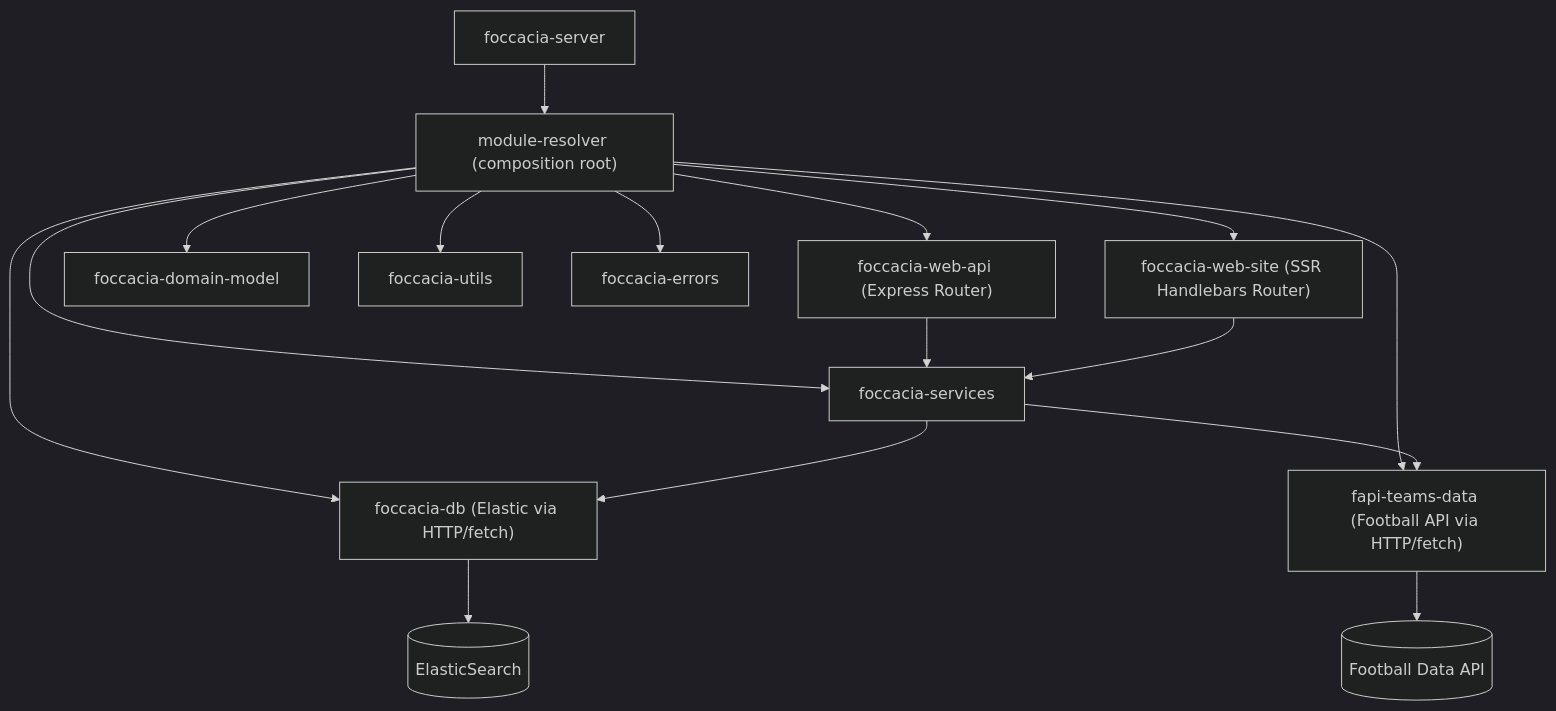
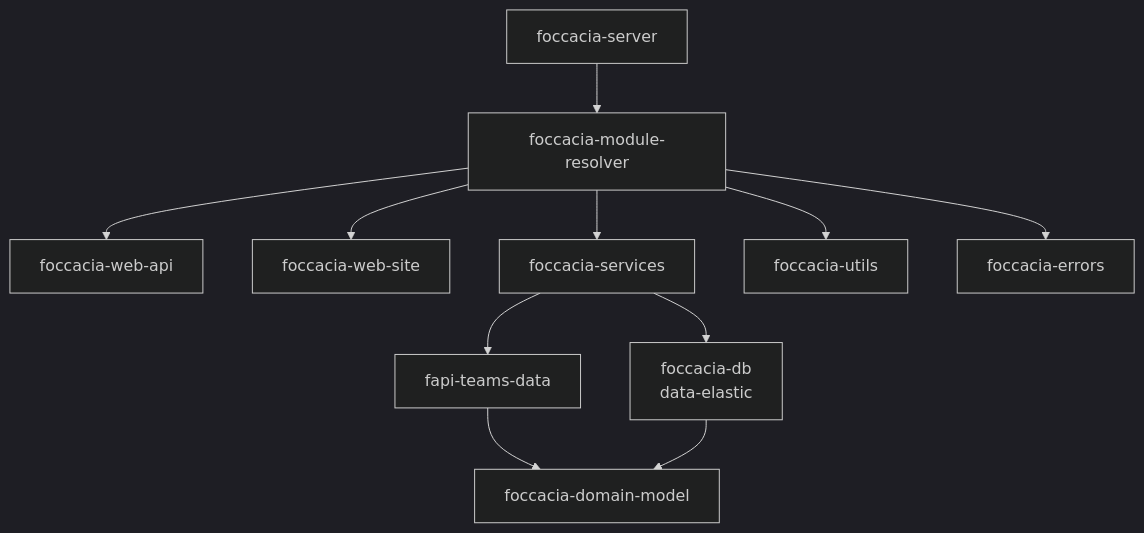
The diagram in README.md (diniscorreiaa/foccacia), drawn with Mermaid (dark theme) before and after one commit. The commit also changed 9 other files, not shown here.

````diff
--- a/README.md
+++ b/README.md
@@ -136,25 +136,21 @@
 ```mermaid
 
-graph TD
-    Server["foccacia-server"] --> Resolver["module-resolver (composition root)"]
+flowchart TD
+    Server["foccacia-server"] --> Resolver["foccacia-module-resolver"]
 
-    Resolver --> WebAPI["foccacia-web-api (Express Router)"]
-    Resolver --> WebSite["foccacia-web-site (SSR Handlebars Router)"]
+    Resolver --> WebApi["foccacia-web-api"]
+    Resolver --> WebSite["foccacia-web-site"]
     Resolver --> Services["foccacia-services"]
-    Resolver --> Domain["foccacia-domain-model"]
-    Resolver --> DataElastic["foccacia-db (Elastic via HTTP/fetch)"]
-    Resolver --> Fapi["fapi-teams-data (Football API via HTTP/fetch)"]
+
+    Services --> Fapi["fapi-teams-data"]
+    Services --> Data["foccacia-db<br/>data-elastic"]
+
+    Fapi --> Domain["foccacia-domain-model"]
+    Data --> Domain
+
     Resolver --> Utils["foccacia-utils"]
     Resolver --> Errors["foccacia-errors"]
 
-    WebAPI --> Services
-    WebSite --> Services
-
-    Services --> DataElastic
-    Services --> Fapi
-
-    DataElastic --> Elastic[(ElasticSearch)]
-    Fapi --> Football[(Football Data API)]
 
 
 ```
````
